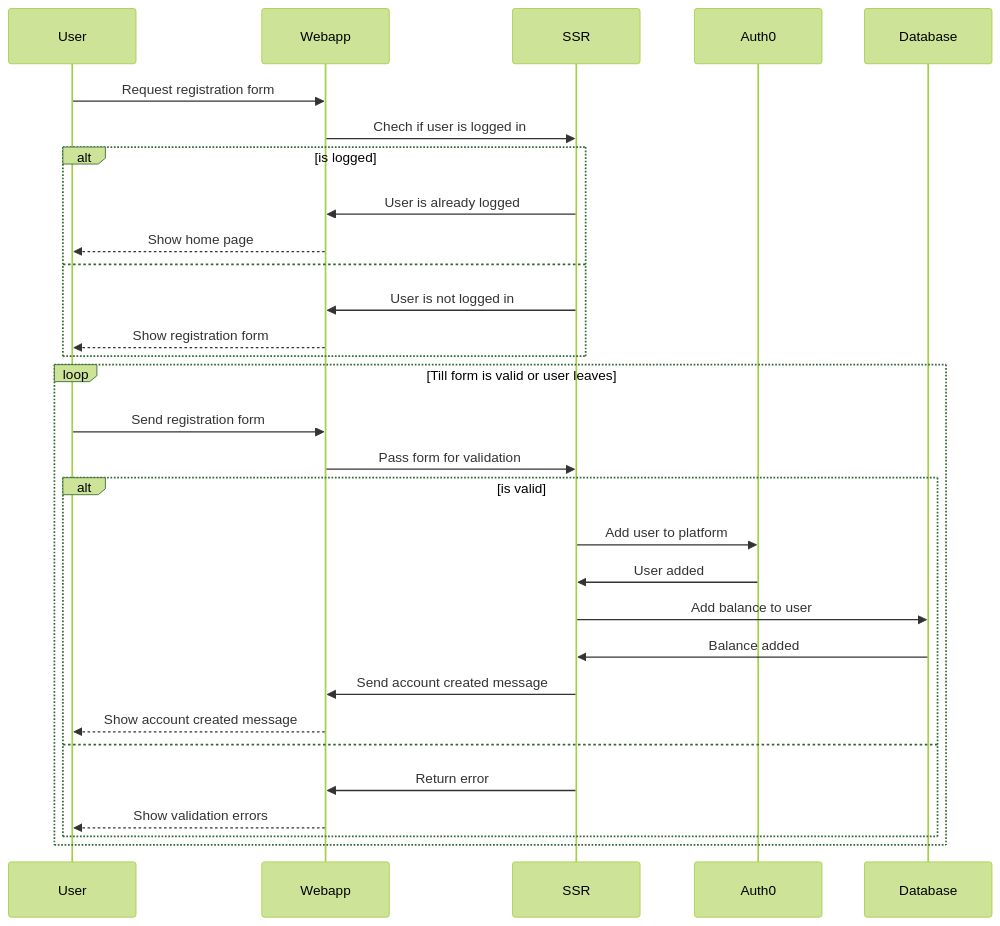
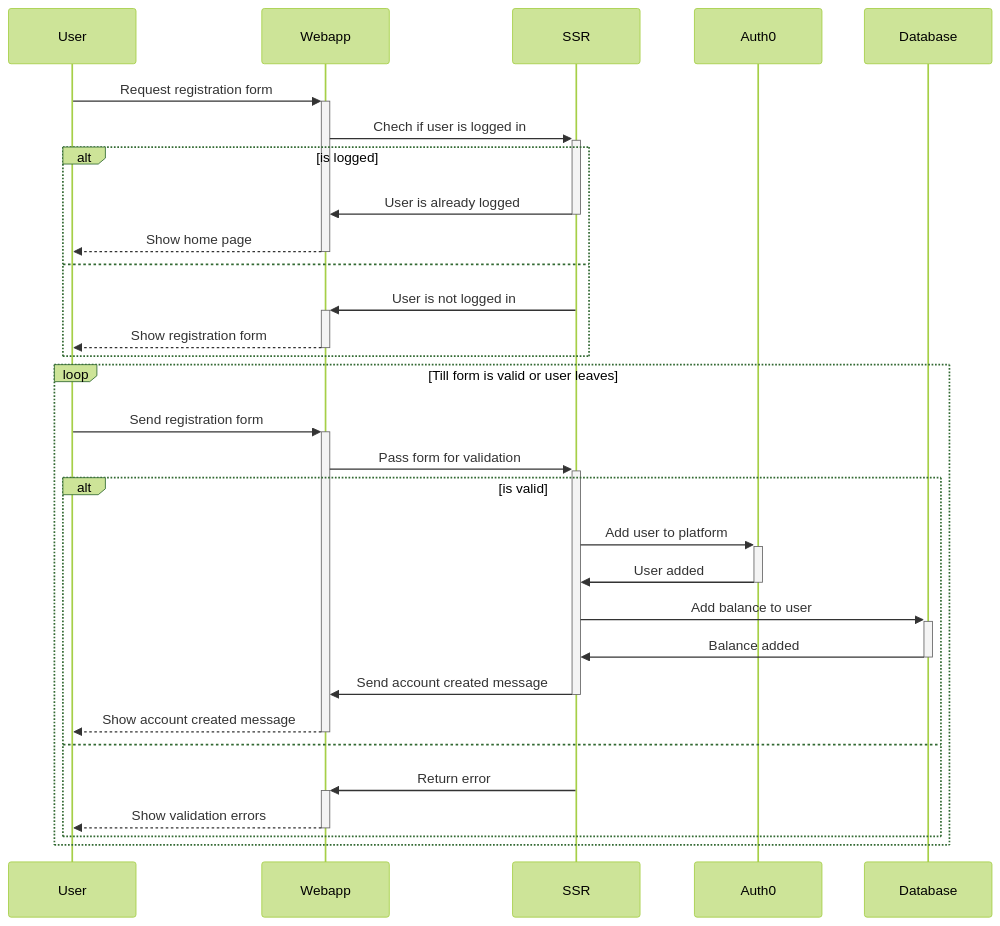
Before and after one commit to MateuszSuder/SlotPlatform-documentation: the first of 2 diagrams in Platform/Sequences/Authish sequences.md, drawn with Mermaid (forest theme). The commit also changed other lines of this file and 2 other files, not shown here.

Commit message:
add api key request sequences

````diff
--- a/Platform/Sequences/Authish sequences.md
+++ b/Platform/Sequences/Authish sequences.md
@@ -4,27 +4,27 @@
 ```mermaid
 sequenceDiagram
-	User->>Webapp: Request registration form
-	Webapp->>SSR: Chech if user is logged in
+	User->>+Webapp: Request registration form
+	Webapp->>+SSR: Chech if user is logged in
 	alt is logged
-		SSR->>Webapp: User is already logged
-		Webapp-->>User: Show home page
+		SSR->>-Webapp: User is already logged
+		Webapp-->>-User: Show home page
 	else
-		SSR->>Webapp: User is not logged in
-		Webapp-->>User: Show registration form
+		SSR->>+Webapp: User is not logged in
+		Webapp-->>-User: Show registration form
 	end
 	loop Till form is valid or user leaves
-		User->>Webapp: Send registration form
-		Webapp->>SSR: Pass form for validation
+		User->>+Webapp: Send registration form
+		Webapp->>+SSR: Pass form for validation
 		alt is valid
-			SSR->>Auth0: Add user to platform
-			Auth0->>SSR: User added
-			SSR->>Database: Add balance to user
-			Database->>SSR: Balance added
-			SSR->>Webapp: Send account created message
-			Webapp-->>User: Show account created message
+			SSR->>+Auth0: Add user to platform
+			Auth0->>-SSR: User added
+			SSR->>+Database: Add balance to user
+			Database->>-SSR: Balance added
+			SSR->>-Webapp: Send account created message
+			Webapp-->>-User: Show account created message
 		else
-			SSR->>Webapp: Return error
-			Webapp-->>User: Show validation errors
+			SSR->>+Webapp: Return error
+			Webapp-->>-User: Show validation errors
 		end
 	end
 ```
````
